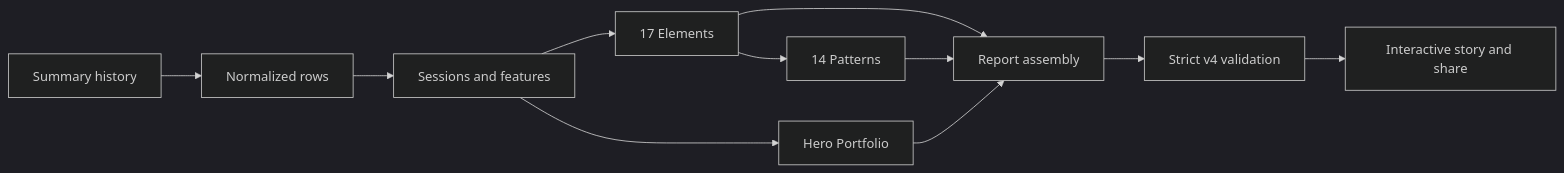
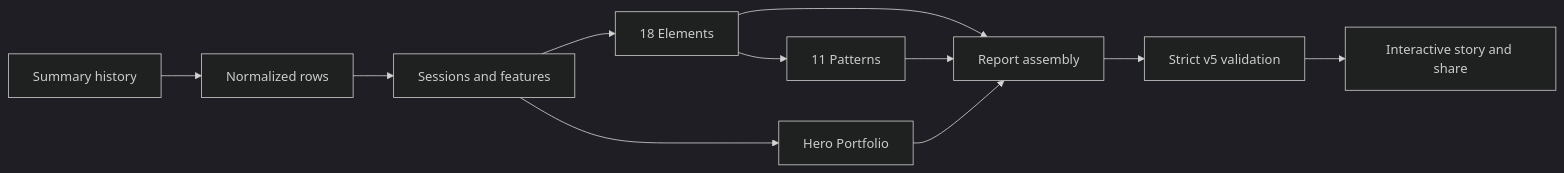
One commit to harunaka-manifesto/dota-report-card changed the diagram in ARCHITECTURE.md. Above: the diagram before and after it, drawn with Mermaid (dark theme). The commit also changed other lines of this file and 55 other files, not shown here.

```diff
--- a/ARCHITECTURE.md
+++ b/ARCHITECTURE.md
@@ -3,13 +3,13 @@
 ~~~mermaid
 flowchart LR
     S[Summary history] --> N[Normalized rows]
     N --> F[Sessions and features]
-    F --> E[17 Elements]
-    E --> P[14 Patterns]
+    F --> E[18 Elements]
+    E --> P[11 Patterns]
     F --> H[Hero Portfolio]
     E --> R[Report assembly]
     P --> R
     H --> R
-    R --> V[Strict v4 validation]
+    R --> V[Strict v5 validation]
     V --> W[Interactive story and share]
 ~~~
```
